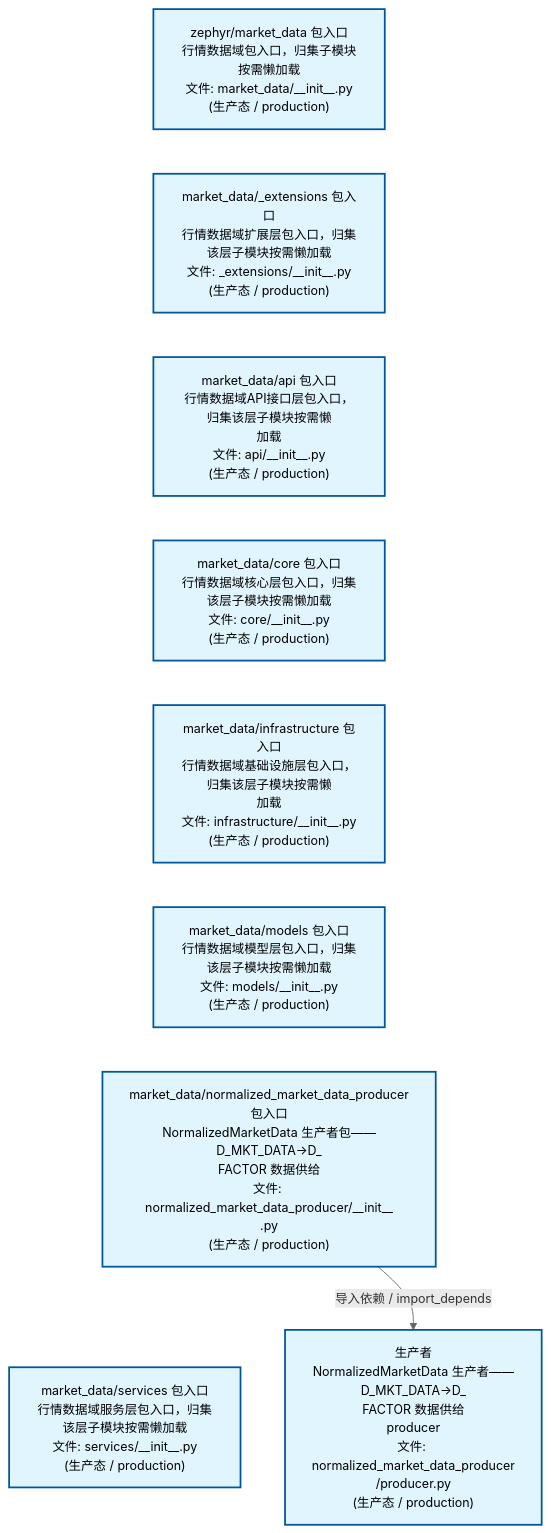
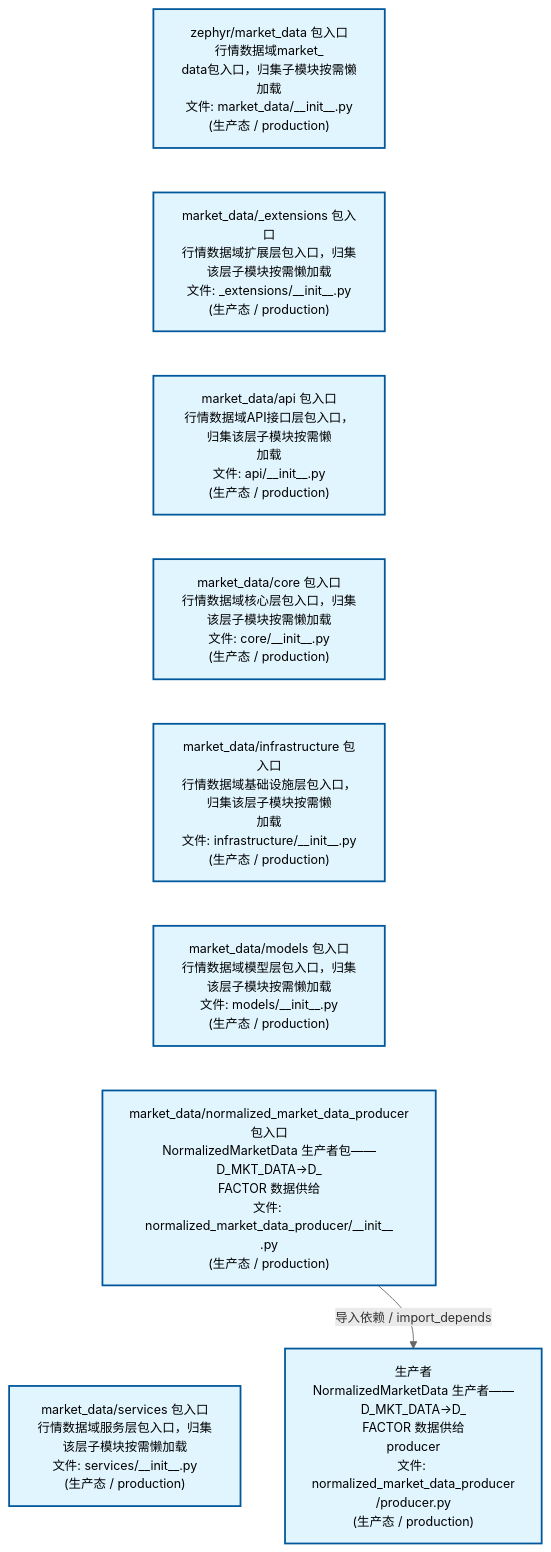
One commit to xuanFelixVan/ZephyrAlpha changed the second of 4 diagrams in docs/02_enterprise_architecture/02_domain_architecture_docs/23_d_mkt_data.md. Above: the diagram before and after it, drawn with Mermaid. The commit also changed other lines of this file and 60 other files, not shown here.

````diff
--- a/docs/02_enterprise_architecture/02_domain_architecture_docs/23_d_mkt_data.md
+++ b/docs/02_enterprise_architecture/02_domain_architecture_docs/23_d_mkt_data.md
@@ -112,26 +112,26 @@
 ```mermaid
 %%{init: {'theme': 'base', 'themeVariables': {'primaryColor': '#eaeaea', 'primaryTextColor': '#333333', 'primaryBorderColor': '#666666', 'lineColor': '#666666', 'secondaryColor': '#eaeaea', 'tertiaryColor': '#eaeaea', 'fontSize': '14px'}}}%%
 flowchart TD
-    src_zephyr_market_data_init_py["zephyr/market_data 包入口<br/>行情数据域包入口，归集子模块按需懒加载<br/>文件: market_data/__init__.py<br/>(生产态 / production)"]
+    src_zephyr_market_data_init_py["zephyr/market_data 包入口<br/>行情数据域market_<br/>data包入口，归集子模块按需懒加载<br/>文件: market_data/__init__.py<br/>(生产态 / production)"]
     src_zephyr_market_data_extensions_init_py["market_data/_extensions 包入口<br/>行情数据域扩展层包入口，归集该层子模块按需懒加载<br/>文件: _extensions/__init__.py<br/>(生产态 / production)"]
     src_zephyr_market_data_api_init_py["market_data/api 包入口<br/>行情数据域API接口层包入口，归集该层子模块按需懒<br/>加载<br/>文件: api/__init__.py<br/>(生产态 / production)"]
     src_zephyr_market_data_core_init_py["market_data/core 包入口<br/>行情数据域核心层包入口，归集该层子模块按需懒加载<br/>文件: core/__init__.py<br/>(生产态 / production)"]
     src_zephyr_market_data_infrastructure_init_py["market_data/infrastructure 包入口<br/>行情数据域基础设施层包入口，归集该层子模块按需懒<br/>加载<br/>文件: infrastructure/__init__.py<br/>(生产态 / production)"]
     src_zephyr_market_data_models_init_py["market_data/models 包入口<br/>行情数据域模型层包入口，归集该层子模块按需懒加载<br/>文件: models/__init__.py<br/>(生产态 / production)"]
     src_zephyr_market_data_normalized_market_data_producer_init_py["market_data/normalized_market_data_producer<br/>包入口<br/>NormalizedMarketData 生产者包——D_MKT_DATA→D_<br/>FACTOR 数据供给<br/>文件: normalized_market_data_producer/__init__<br/>.py<br/>(生产态 / production)"]
     src_zephyr_market_data_services_init_py["market_data/services 包入口<br/>行情数据域服务层包入口，归集该层子模块按需懒加载<br/>文件: services/__init__.py<br/>(生产态 / production)"]
     src_zephyr_market_data_init_py ~~~ src_zephyr_market_data_extensions_init_py
     src_zephyr_market_data_extensions_init_py ~~~ src_zephyr_market_data_api_init_py
     src_zephyr_market_data_api_init_py ~~~ src_zephyr_market_data_core_init_py
     src_zephyr_market_data_core_init_py ~~~ src_zephyr_market_data_infrastructure_init_py
     src_zephyr_market_data_infrastructure_init_py ~~~ src_zephyr_market_data_models_init_py
     src_zephyr_market_data_models_init_py ~~~ src_zephyr_market_data_normalized_market_data_producer_init_py
     src_zephyr_market_data_normalized_market_data_producer_init_py ~~~ src_zephyr_market_data_services_init_py
     src_zephyr_market_data_normalized_market_data_producer_producer_py["生产者<br/>NormalizedMarketData 生产者——D_MKT_DATA→D_<br/>FACTOR 数据供给<br/>producer<br/>文件: normalized_market_data_producer<br/>/producer.py<br/>(生产态 / production)"]
     src_zephyr_market_data_normalized_market_data_producer_init_py -->|导入依赖 / import_depends| src_zephyr_market_data_normalized_market_data_producer_producer_py
     classDef production fill:#e1f5fe,stroke:#01579b,stroke-width:2px,color:#000
     classDef design fill:#fff3e0,stroke:#e65100,stroke-width:2px,color:#000,stroke-dasharray: 5 5
     classDef external_prod fill:#e8f4fd,stroke:#0277bd,stroke-width:1px,color:#000
     classDef external_design fill:#fff8e7,stroke:#ef6c00,stroke-width:1px,color:#000,stroke-dasharray: 5 5
     class src_zephyr_market_data_init_py,src_zephyr_market_data_extensions_init_py,src_zephyr_market_data_api_init_py,src_zephyr_market_data_core_init_py,src_zephyr_market_data_infrastructure_init_py,src_zephyr_market_data_models_init_py,src_zephyr_market_data_normalized_market_data_producer_init_py,src_zephyr_market_data_normalized_market_data_producer_producer_py,src_zephyr_market_data_services_init_py production
 ```
````
